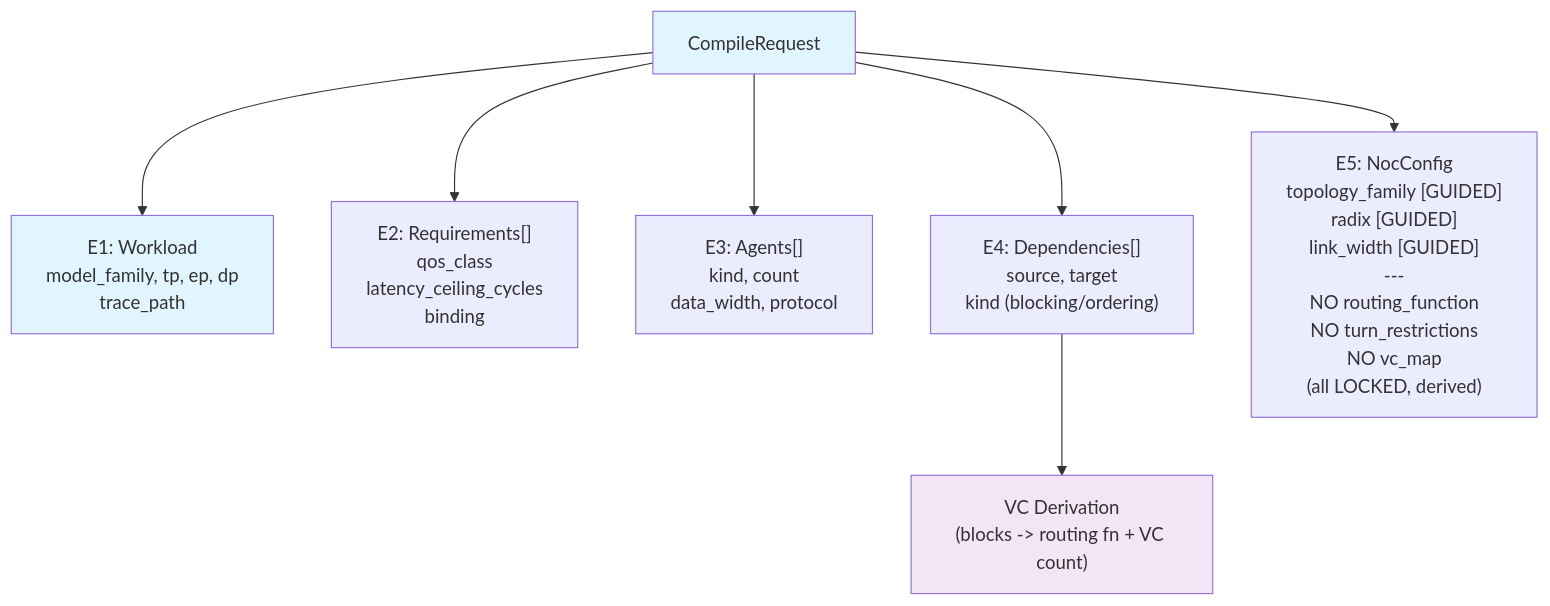
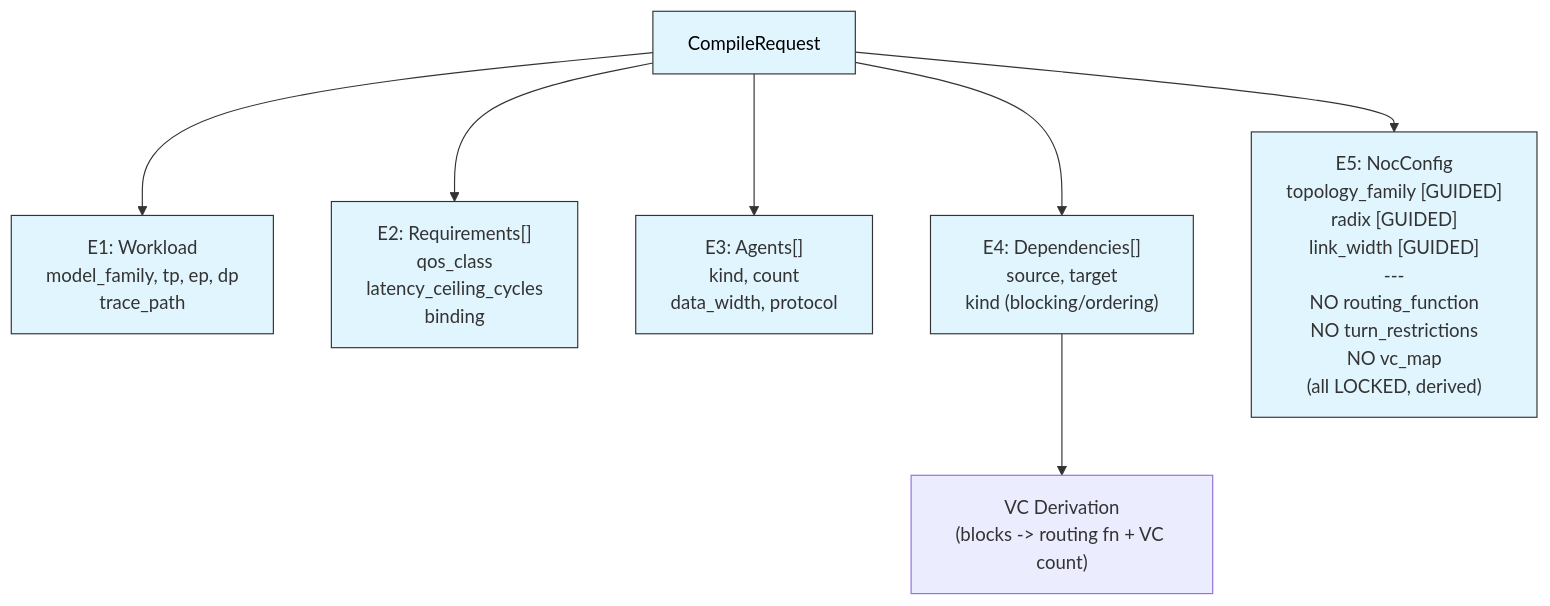
Diagram 11 of 17 in tracks/t3-topology/dse/README.md (Anmol-S314/veritx-research), drawn with Mermaid before and after one commit. The commit also changed other lines of this file and 1 other file, not shown here.

First line of the commit message:
docs: improve Mermaid diagram styling across all 22 diagrams

````diff
--- a/tracks/t3-topology/dse/README.md
+++ b/tracks/t3-topology/dse/README.md
@@ -1540,12 +1680,24 @@
 ```mermaid
 flowchart TD
     CR["CompileRequest"] --> W["E1: Workload\nmodel_family, tp, ep, dp\ntrace_path"]
     CR --> R["E2: Requirements[]\nqos_class\nlatency_ceiling_cycles\nbinding"]
     CR --> AG["E3: Agents[]\nkind, count\ndata_width, protocol"]
     CR --> DEP["E4: Dependencies[]\nsource, target\nkind (blocking/ordering)"]
     CR --> NC["E5: NocConfig\ntopology_family [GUIDED]\nradix [GUIDED]\nlink_width [GUIDED]\n---\nNO routing_function\nNO turn_restrictions\nNO vc_map\n(all LOCKED, derived)"]
     DEP --> VD["VC Derivation\n(blocks -> routing fn + VC count)"]
-    style CR fill:#e1f5fe
-    style VD fill:#f3e5f5
-    style W fill:#e1f5fe
+
+    style AG fill:#e1f5fe,stroke:#333
+    style CR fill:#e1f5fe,stroke:#333
+    style DEP fill:#e1f5fe,stroke:#333
+    style NC fill:#e1f5fe,stroke:#333
+    style R fill:#e1f5fe,stroke:#333
+    style W fill:#e1f5fe,stroke:#333
+
+
+    classDef input fill:#e1f5fe,stroke:#01579b,color:#000
+    classDef cli fill:#e8f5e9,stroke:#2e7d32,color:#000
+    classDef sim fill:#fff3e0,stroke:#e65100,color:#000
+    classDef api fill:#fce4ec,stroke:#c62828,color:#000
+    classDef output fill:#f3e5f5,stroke:#6a1b9a,color:#000
+    class CR cli
 ```
````
